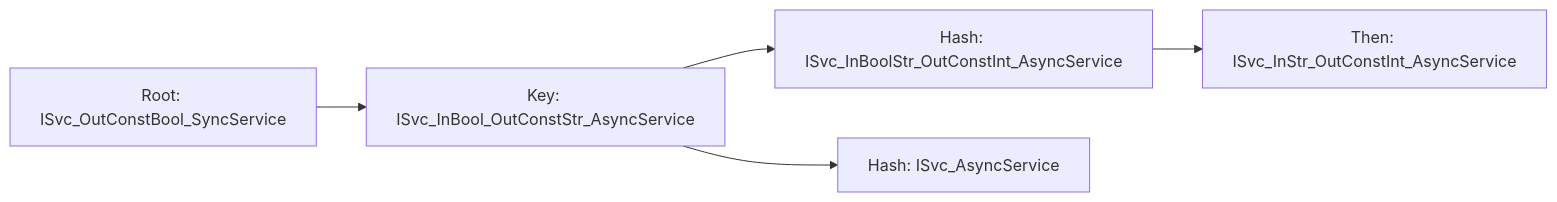
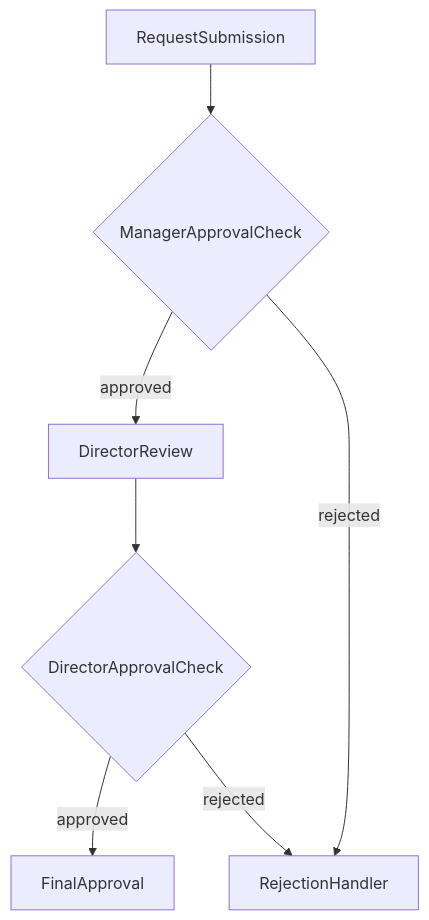
The third of 4 diagrams in README.md (stiproot/xo-tasktree), drawn with Mermaid before and after one commit. The commit also changed other lines of this file and 6 other files, not shown here.

````diff
--- a/README.md
+++ b/README.md
@@ -119,7 +257,9 @@
 ```mermaid
-graph LR
-    A[Root: ISvc_OutConstBool_SyncService] --> B[Key: ISvc_InBool_OutConstStr_AsyncService]
-    B --> C[Hash: ISvc_InBoolStr_OutConstInt_AsyncService]
-    B --> D[Hash: ISvc_AsyncService]
-    C --> E[Then: ISvc_InStr_OutConstInt_AsyncService]
+graph TD
+    A[RequestSubmission] --> B{ManagerApprovalCheck}
+    B -->|approved| C[DirectorReview]
+    B -->|rejected| D[RejectionHandler]
+    C --> E{DirectorApprovalCheck}
+    E -->|approved| F[FinalApproval]
+    E -->|rejected| D
 ```
````
